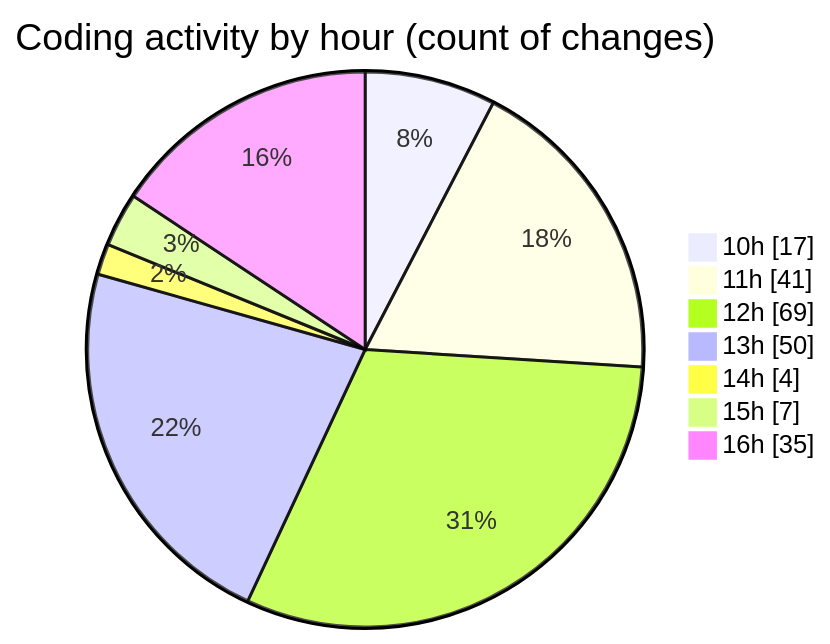
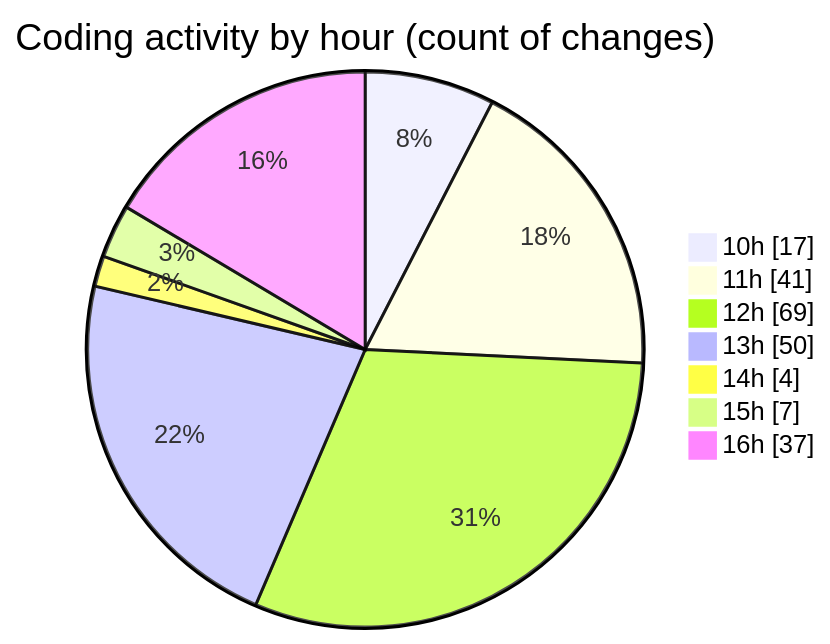
One commit to momahboobian/code-tracking changed the second of 2 diagrams in 2025-10-06/cda/README.md. Above: the diagram before and after it, drawn with Mermaid. The commit also changed other lines of this file and 1 other file, not shown here.

````diff
--- a/2025-10-06/cda/README.md
+++ b/2025-10-06/cda/README.md
@@ -33,11 +33,11 @@
 ```mermaid
 pie showData
 title Coding activity by hour (count of changes)
 "10h" : 17
 "11h" : 41
 "12h" : 69
 "13h" : 50
 "14h" : 4
 "15h" : 7
-"16h" : 35
+"16h" : 37
 ```
````
